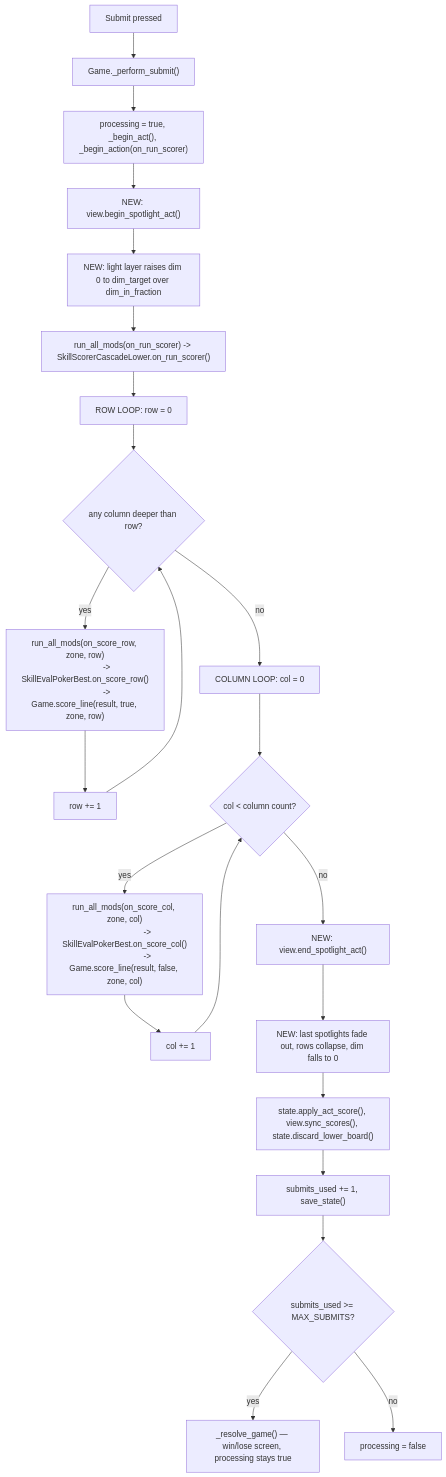
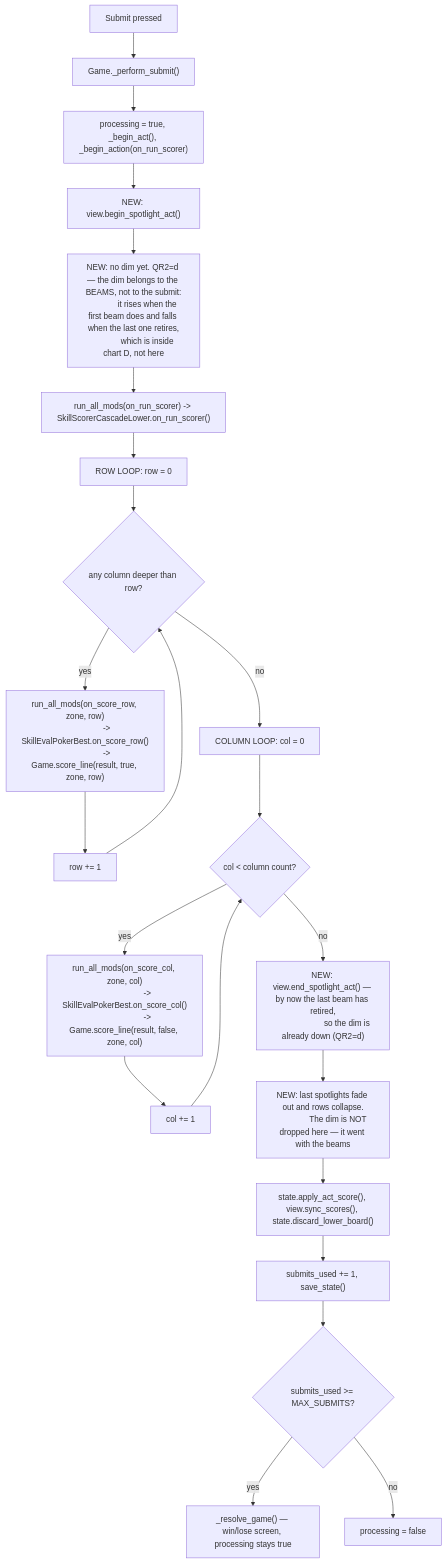
The third of 19 diagrams in solatro/design/spotlight/DESIGN.md (ucsdRgross/gamedev), drawn with Mermaid before and after one commit. The commit also changed other lines of this file and 25 other files, not shown here.

````diff
--- a/solatro/design/spotlight/DESIGN.md
+++ b/solatro/design/spotlight/DESIGN.md
@@ -413,29 +701,33 @@
 ```mermaid
 flowchart TD
   C1["Submit pressed"] --> C2["Game._perform_submit()"]
   C2 --> C3["processing = true, _begin_act(), _begin_action(on_run_scorer)"]
   C3 --> C4["NEW: view.begin_spotlight_act()"]
-  C4 --> C5["NEW: light layer raises dim 0 to dim_target over dim_in_fraction"]
+  C4 --> C5["NEW: no dim yet. QR2=d — the dim belongs to the BEAMS, not to the submit:
+             it rises when the first beam does and falls when the last one retires,
+             which is inside chart D, not here"]
   C5 --> C6["run_all_mods(on_run_scorer) -> SkillScorerCascadeLower.on_run_scorer()"]
   C6 --> C7["ROW LOOP: row = 0"]
   C7 --> C8{"any column deeper than row?"}
   C8 -- no --> C11["COLUMN LOOP: col = 0"]
   C8 -- yes --> C9["run_all_mods(on_score_row, zone, row)
                     -> SkillEvalPokerBest.on_score_row()
                     -> Game.score_line(result, true, zone, row)"]
   C9 --> C10["row += 1"]
   C10 --> C8
   C11 --> C12{"col < column count?"}
   C12 -- yes --> C13["run_all_mods(on_score_col, zone, col)
                      -> SkillEvalPokerBest.on_score_col()
                      -> Game.score_line(result, false, zone, col)"]
   C13 --> C14["col += 1"]
   C14 --> C12
-  C12 -- no --> C15["NEW: view.end_spotlight_act()"]
-  C15 --> C16["NEW: last spotlights fade out, rows collapse, dim falls to 0"]
+  C12 -- no --> C15["NEW: view.end_spotlight_act() — by now the last beam has retired,
+                      so the dim is already down (QR2=d)"]
+  C15 --> C16["NEW: last spotlights fade out and rows collapse.
+              The dim is NOT dropped here — it went with the beams"]
   C16 --> C17["state.apply_act_score(), view.sync_scores(), state.discard_lower_board()"]
   C17 --> C18["submits_used += 1, save_state()"]
   C18 --> C19{"submits_used >= MAX_SUBMITS?"}
   C19 -- yes --> C20["_resolve_game() — win/lose screen, processing stays true"]
   C19 -- no --> C21["processing = false"]
 ```
````
